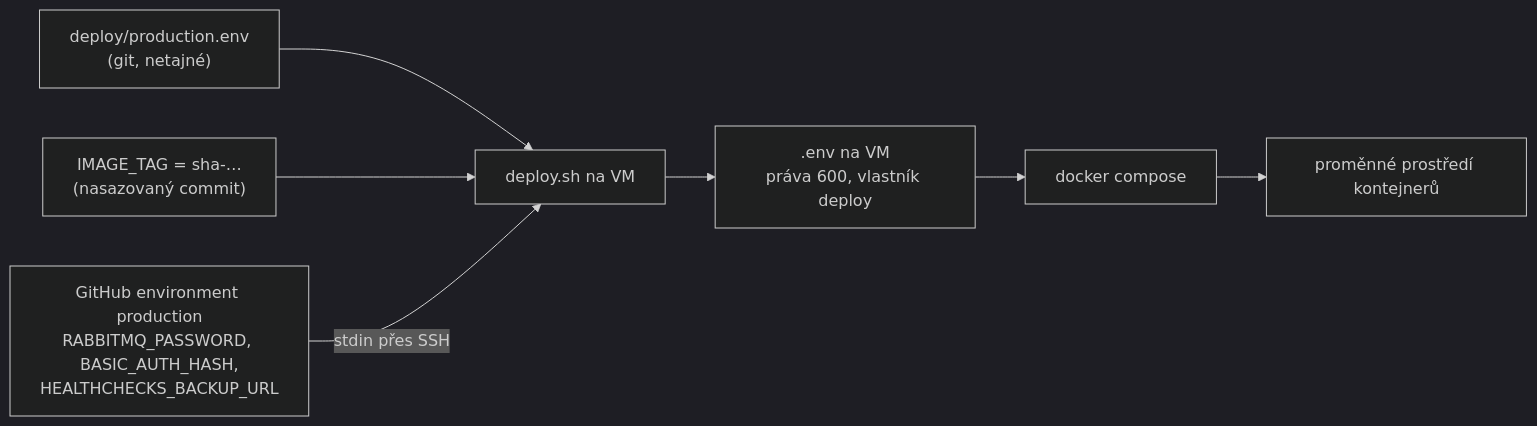
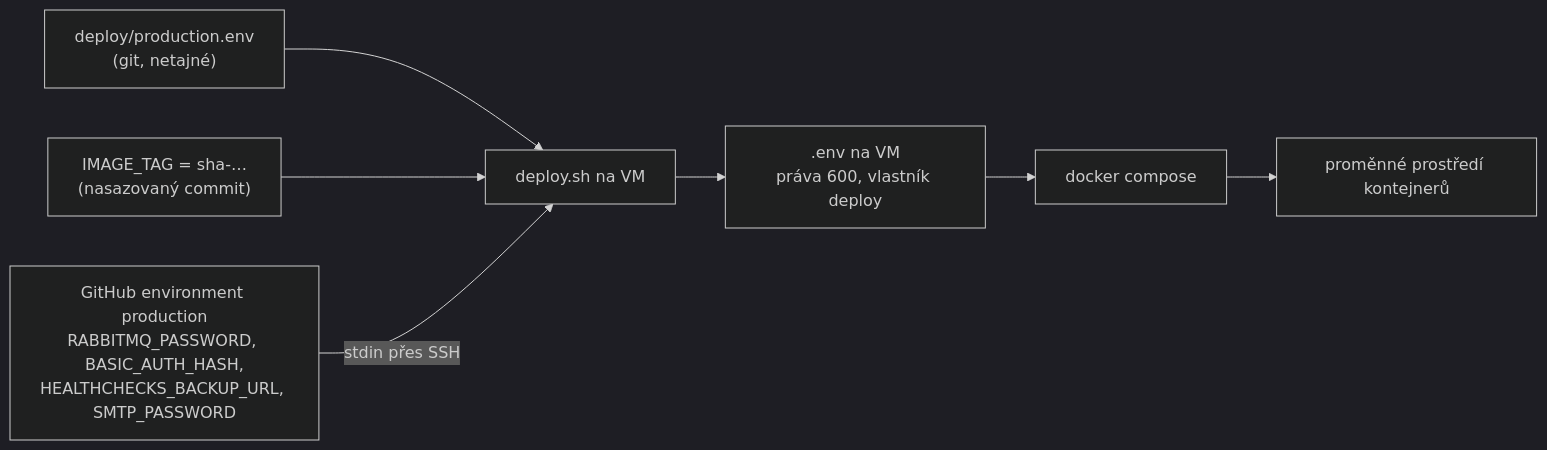
The diagram in docs/prirucka/github/secrets.md (ftichy/MiniShop), drawn with Mermaid (dark theme) before and after one commit. The commit also changed other lines of this file and 49 other files, not shown here.

````diff
--- a/docs/prirucka/github/secrets.md
+++ b/docs/prirucka/github/secrets.md
@@ -12,11 +12,11 @@
 ```mermaid
 flowchart LR
     pe["deploy/production.env<br/>(git, netajné)"] --> sh["deploy.sh na VM"]
     tag["IMAGE_TAG = sha-…<br/>(nasazovaný commit)"] --> sh
-    sec["GitHub environment production<br/>RABBITMQ_PASSWORD, BASIC_AUTH_HASH,<br/>HEALTHCHECKS_BACKUP_URL"] -->|"stdin přes SSH"| sh
+    sec["GitHub environment production<br/>RABBITMQ_PASSWORD, BASIC_AUTH_HASH,<br/>HEALTHCHECKS_BACKUP_URL, SMTP_PASSWORD"] -->|"stdin přes SSH"| sh
     sh --> env[".env na VM<br/>práva 600, vlastník deploy"]
     env --> compose["docker compose"]
     compose --> cont["proměnné prostředí kontejnerů"]
 
     click sh "/Docs/github/cd"
 ```
````
